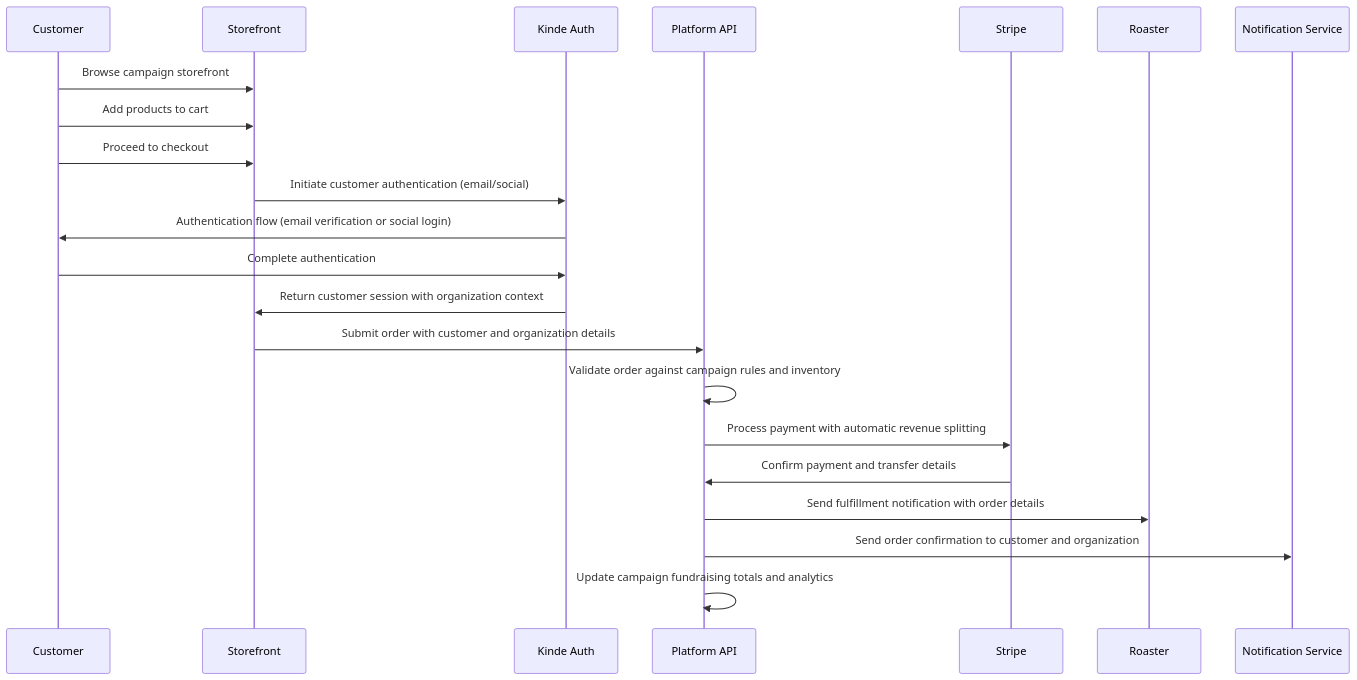
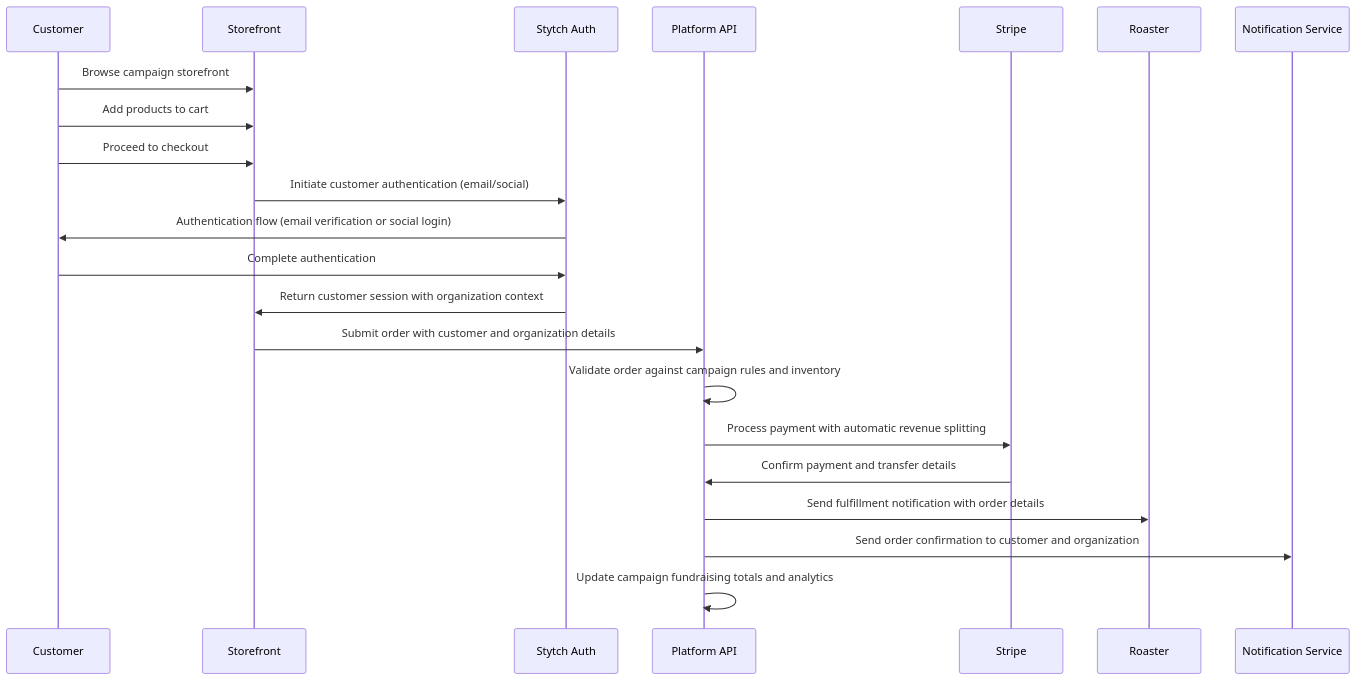
One commit to FireFlyMediaGroup/joeperks_platform_v2 changed the second of 2 diagrams in docs/architecture/core-workflows.md. Above: the diagram before and after it, drawn with Mermaid. The commit also changed other lines of this file and 114 other files, not shown here.

First line of the commit message:
feat(platform): scaffold marketplace APIs and portal auth/org flows; update configs and docs

````diff
--- a/docs/architecture/core-workflows.md
+++ b/docs/architecture/core-workflows.md
@@ -45,25 +45,25 @@
 ```mermaid
 sequenceDiagram
     participant C as Customer
     participant S as Storefront
-    participant K as Kinde Auth
+    participant K as Stytch Auth
     participant P as Platform API
     participant Pay as Stripe
     participant R as Roaster
     participant N as Notification Service
 
     C->>S: Browse campaign storefront
     C->>S: Add products to cart
     C->>S: Proceed to checkout
     S->>K: Initiate customer authentication (email/social)
     K->>C: Authentication flow (email verification or social login)
     C->>K: Complete authentication
     K->>S: Return customer session with organization context
     S->>P: Submit order with customer and organization details
     P->>P: Validate order against campaign rules and inventory
     P->>Pay: Process payment with automatic revenue splitting
     Pay->>P: Confirm payment and transfer details
     P->>R: Send fulfillment notification with order details
     P->>N: Send order confirmation to customer and organization
     P->>P: Update campaign fundraising totals and analytics
 ```
````
